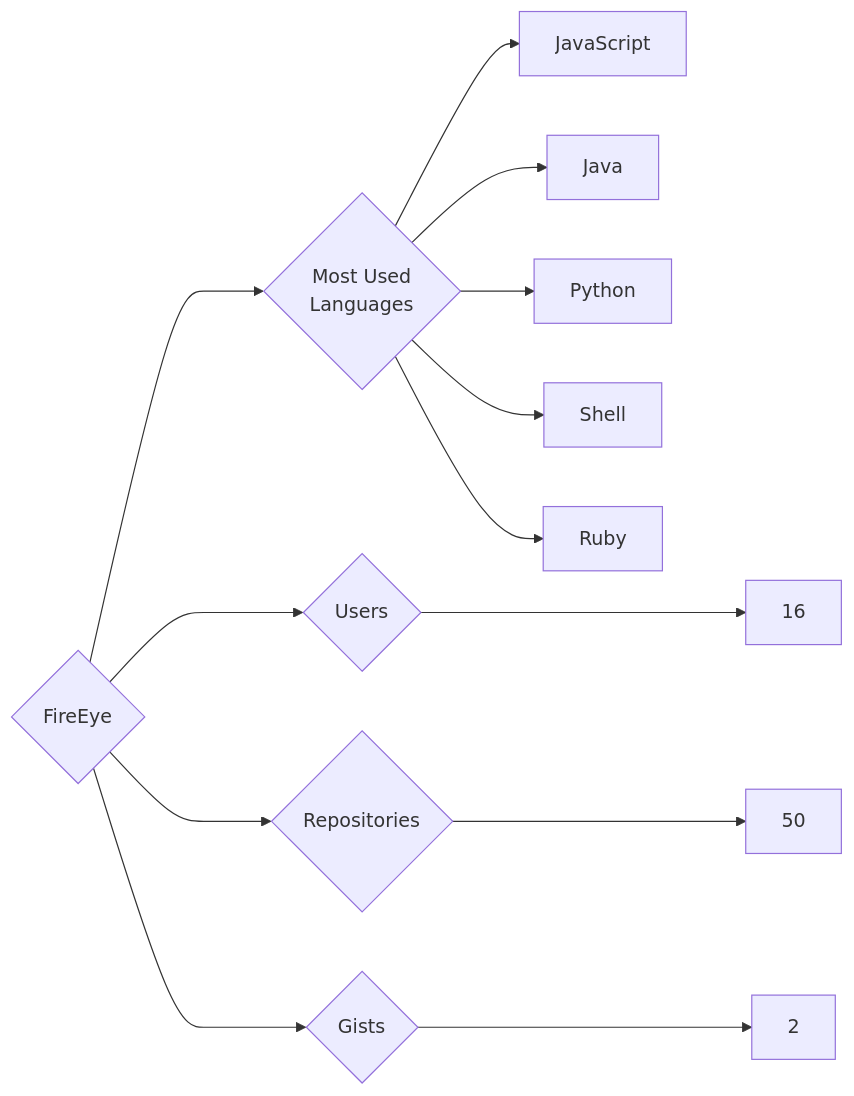
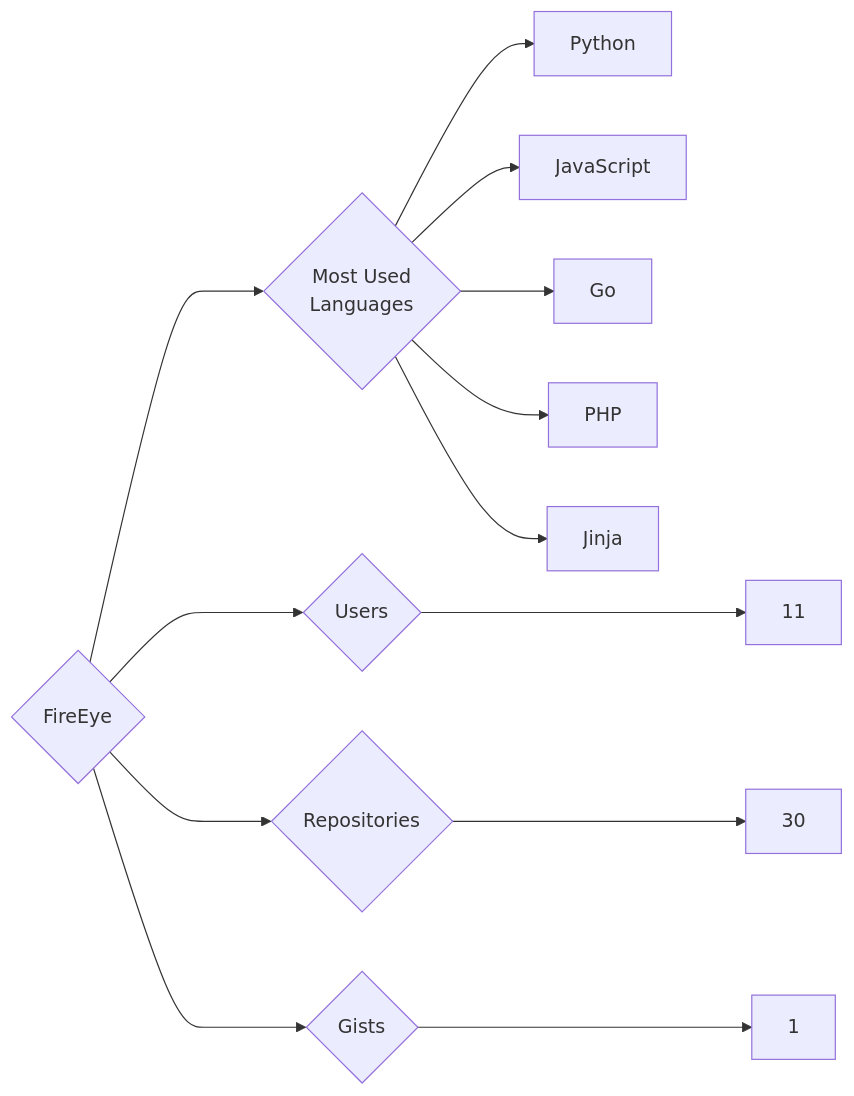
The diagram in targets/FireEye/README.md (trickest/insiders), drawn with Mermaid before and after one commit. The commit also changed 1166 other files, not shown here.

````diff
--- a/targets/FireEye/README.md
+++ b/targets/FireEye/README.md
@@ -3,13 +3,13 @@
 ```mermaid
 graph LR
 COMPANY_NAME{FireEye}
-COMPANY_NAME ---> U{Users} ---> UN[16]
-COMPANY_NAME ---> R{Repositories} ---> RN[50]
-COMPANY_NAME ---> G{Gists} ---> GN[2]
+COMPANY_NAME ---> U{Users} ---> UN[11]
+COMPANY_NAME ---> R{Repositories} ---> RN[30]
+COMPANY_NAME ---> G{Gists} ---> GN[1]
 COMPANY_NAME ---> ML{Most Used<br>Languages}
+ML --> Python[Python]
 ML --> JavaScript[JavaScript]
-ML --> Java[Java]
-ML --> Python[Python]
-ML --> Shell[Shell]
-ML --> Ruby[Ruby]
+ML --> Go[Go]
+ML --> PHP[PHP]
+ML --> Jinja[Jinja]
 ```
````
